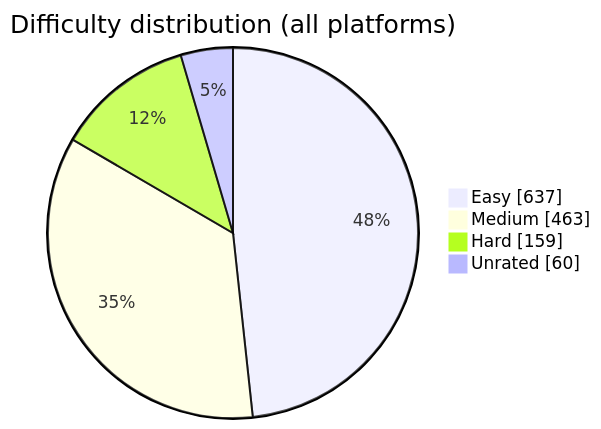
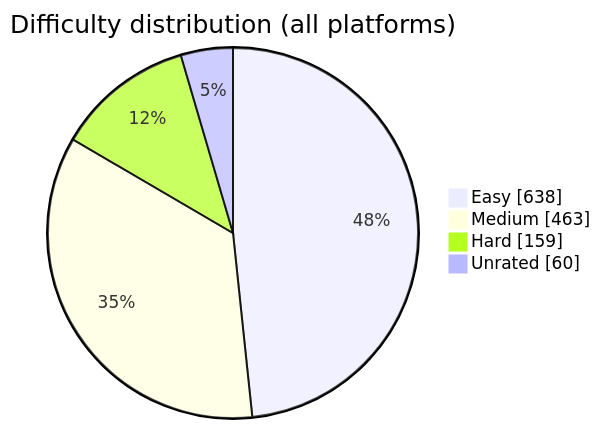
The diagram in README.md (BuildbyArindam/Daily-Coding-Log), drawn with Mermaid before and after one commit. The commit also changed other lines of this file, not shown here.

````diff
--- a/README.md
+++ b/README.md
@@ -93,7 +93,7 @@
 ```mermaid
 pie showData title Difficulty distribution (all platforms)
-    "Easy" : 637
+    "Easy" : 638
     "Medium" : 463
     "Hard" : 159
     "Unrated" : 60
 ```
````
